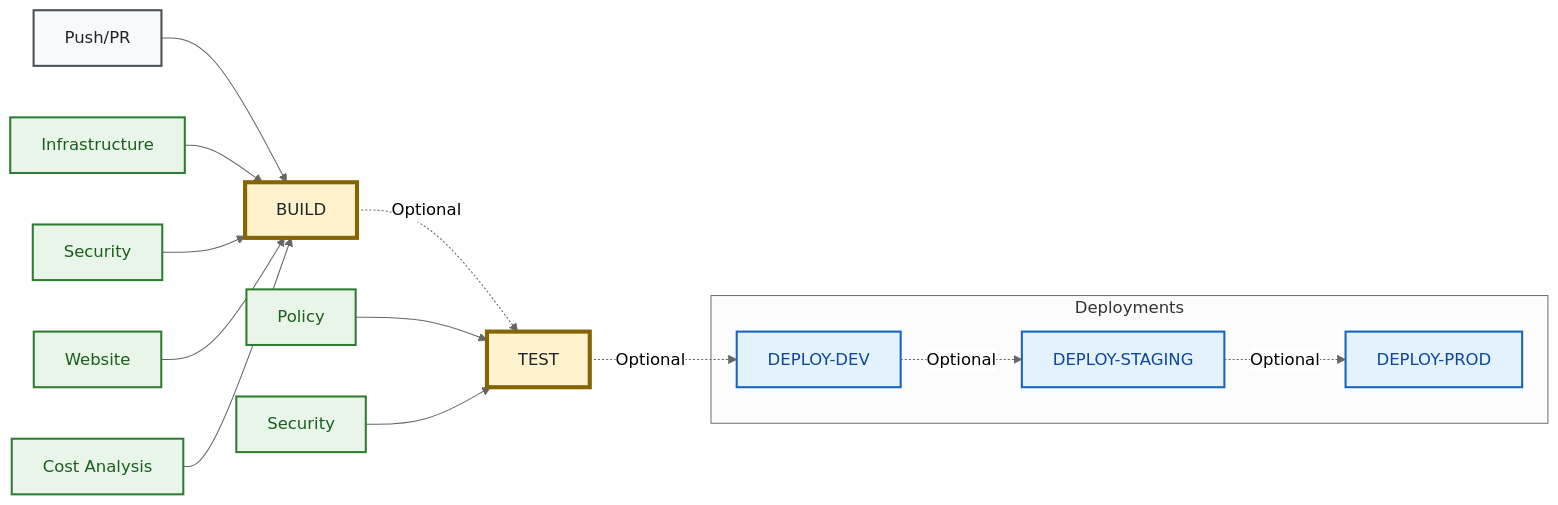
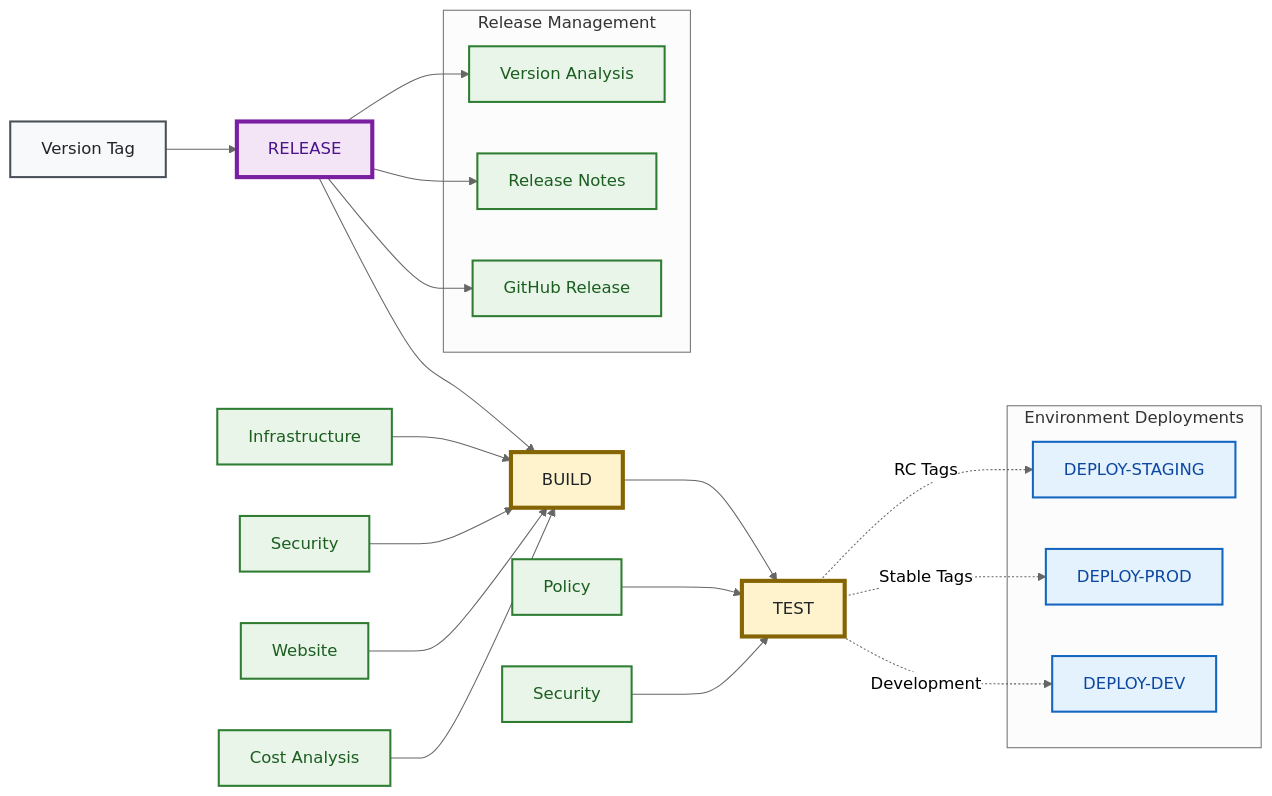
One commit to Celtikill/static-site changed the second of 2 diagrams in docs/guides/deployment-guide.md. Above: the diagram before and after it, drawn with Mermaid (neutral theme). The commit also changed other lines of this file and 8 other files, not shown here.

````diff
--- a/docs/guides/deployment-guide.md
+++ b/docs/guides/deployment-guide.md
@@ -46,35 +226,47 @@
 ```mermaid
 graph LR
     %% Accessibility
-    accTitle: Deployment Workflow Overview
-    accDescr: Shows deployment workflow with BUILD, TEST, and three DEPLOY phases (dev, staging, prod). Each phase can be triggered independently but typically follows the progression path. BUILD includes validation and security scanning. TEST includes policy validation. DEPLOY includes infrastructure and website deployment with environment-specific configurations.
+    accTitle: Complete Deployment Workflow Architecture
+    accDescr: Shows complete workflow architecture including RELEASE workflow orchestration. RELEASE workflow coordinates BUILD, TEST, and environment-specific DEPLOY workflows based on version tags and semantic versioning strategy.
     
-    A[Push/PR] --> B[BUILD]
-    B -.->|Optional| C[TEST]
-    C -.->|Optional| D1[DEPLOY-DEV]
-    D1 -.->|Optional| D2[DEPLOY-STAGING]
-    D2 -.->|Optional| D3[DEPLOY-PROD]
+    A[Version Tag] --> R[RELEASE]
+    R --> B[BUILD]
+    B --> C[TEST]
+    
+    R --> R1[Version Analysis]
+    R --> R2[Release Notes]
+    R --> R3[GitHub Release]
+    
+    C -.->|RC Tags| D2[DEPLOY-STAGING]
+    C -.->|Stable Tags| D3[DEPLOY-PROD]
+    C -.->|Development| D1[DEPLOY-DEV]
     
     B1[Infrastructure] --> B
     B2[Security] --> B
     B3[Website] --> B
     B4[Cost Analysis] --> B
     
     C1[Policy] --> C
     C2[Security] --> C
     
-    subgraph Deployments
+    subgraph "Release Management"
+    R1 & R2 & R3
+    end
+    
+    subgraph "Environment Deployments"
     D1 & D2 & D3
     end
     
     %% High-Contrast Styling for Accessibility
+    classDef releaseBox fill:#f3e5f5,stroke:#7b1fa2,stroke-width:4px,color:#4a148c
     classDef phaseBox fill:#fff3cd,stroke:#856404,stroke-width:4px,color:#212529
     classDef triggerBox fill:#f8f9fa,stroke:#495057,stroke-width:2px,color:#212529
     classDef stepBox fill:#e8f5e8,stroke:#2e7d32,stroke-width:2px,color:#1b5e20
     classDef deployBox fill:#e3f2fd,stroke:#1565c0,stroke-width:2px,color:#0d47a1
     
+    class R releaseBox
     class B,C phaseBox
     class A triggerBox
-    class B1,B2,B3,B4,C1,C2 stepBox
+    class B1,B2,B3,B4,C1,C2,R1,R2,R3 stepBox
     class D1,D2,D3 deployBox
 ```
````
